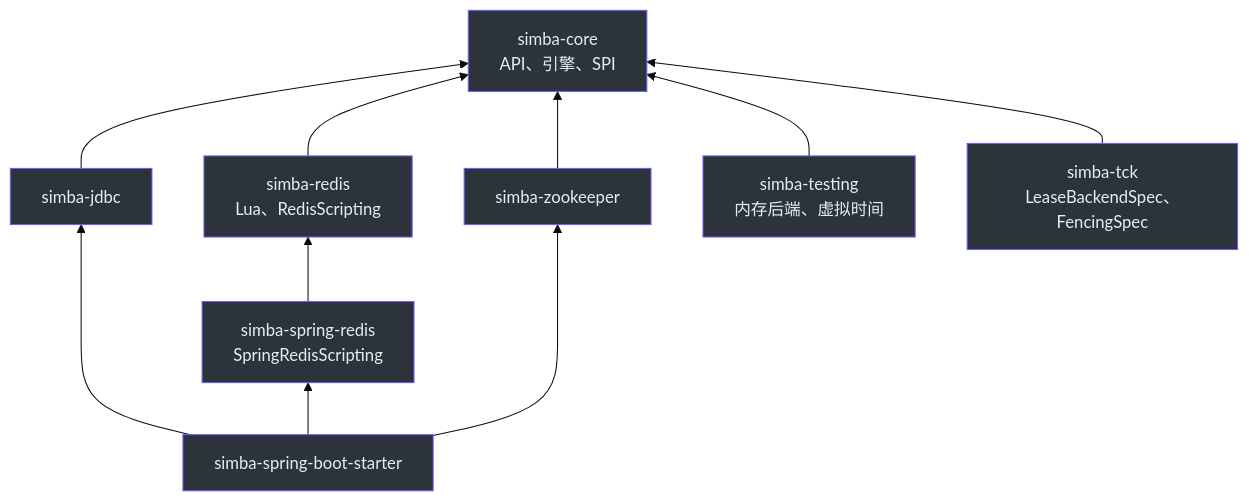
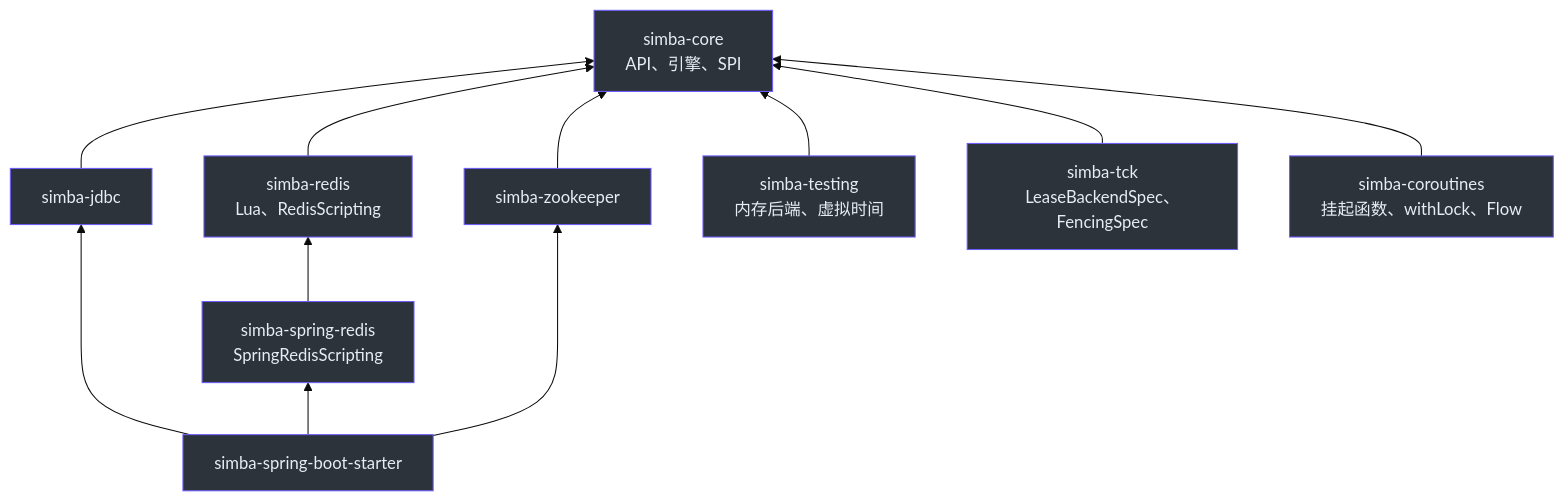
One commit to Ahoo-Wang/Simba changed the first of 2 diagrams in wiki/zh/architecture/index.md. Above: the diagram before and after it, drawn with Mermaid (base theme). The commit also changed 19 other files, not shown here.

````diff
--- a/wiki/zh/architecture/index.md
+++ b/wiki/zh/architecture/index.md
@@ -13,28 +13,31 @@
 ```mermaid
 graph BT
     core["simba-core<br>API、引擎、SPI"]
     jdbc["simba-jdbc"]
     redis["simba-redis<br>Lua、RedisScripting"]
     sredis["simba-spring-redis<br>SpringRedisScripting"]
     zk["simba-zookeeper"]
     starter["simba-spring-boot-starter"]
     testing["simba-testing<br>内存后端、虚拟时间"]
     tck["simba-tck<br>LeaseBackendSpec、FencingSpec"]
+    coroutines["simba-coroutines<br>挂起函数、withLock、Flow"]
     jdbc --> core
     redis --> core
     sredis --> redis
     zk --> core
     starter --> jdbc
     starter --> sredis
     starter --> zk
     testing --> core
     tck --> core
+    coroutines --> core
     style core fill:#2d333b,stroke:#6d5dfc,color:#e6edf3
     style jdbc fill:#2d333b,stroke:#6d5dfc,color:#e6edf3
     style redis fill:#2d333b,stroke:#6d5dfc,color:#e6edf3
     style sredis fill:#2d333b,stroke:#6d5dfc,color:#e6edf3
     style zk fill:#2d333b,stroke:#6d5dfc,color:#e6edf3
     style starter fill:#2d333b,stroke:#6d5dfc,color:#e6edf3
     style testing fill:#2d333b,stroke:#6d5dfc,color:#e6edf3
     style tck fill:#2d333b,stroke:#6d5dfc,color:#e6edf3
+    style coroutines fill:#2d333b,stroke:#6d5dfc,color:#e6edf3
 ```
````
